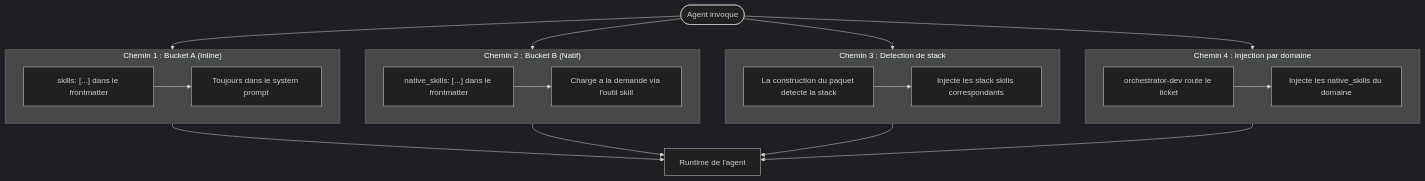
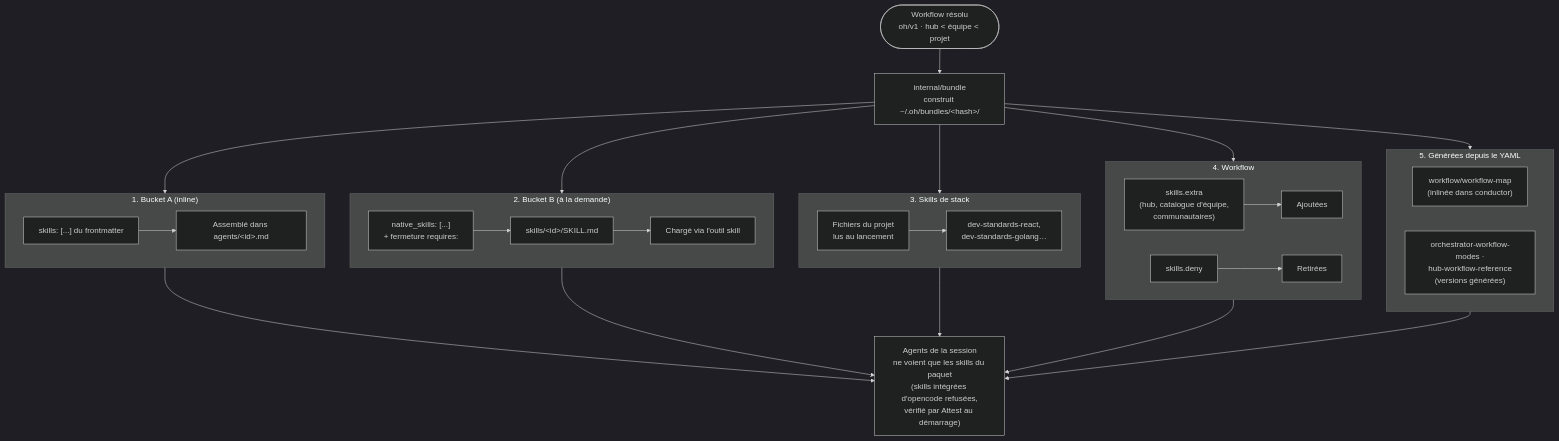
The diagram in docs/architecture/skills.fr.md (datichb/openhub), drawn with Mermaid (dark theme) before and after one commit. The commit also changed other lines of this file and 11 other files, not shown here.

Commit message:
docs(architecture): vue d'ensemble v5 (workflow → paquet → serveur de groupe → session, démon, proxy, passerelles, monde fermé, ADR 038–048), agents (20, conductor), skills (livraison par le paquet, inventaire refait), délégation, wiki vivant, todo ; lien de langue en ligne 1 (v5 finalisation, DOC2)

````diff
--- a/docs/architecture/skills.fr.md
+++ b/docs/architecture/skills.fr.md
@@ -12,22 +71,29 @@
 ```mermaid
 flowchart TD
-    START(["Agent invoque"]) --> P1 & P2 & P3 & P4
+    WF(["Workflow résolu<br/>oh/v1 · hub &lt; équipe &lt; projet"]) --> BUILD["internal/bundle<br/>construit ~/.oh/bundles/&lt;hash&gt;/"]
 
-    subgraph P1 ["Chemin 1 : Bucket A (Inline)"]
-        A1["skills: [...] dans le frontmatter"] --> A2["Toujours dans le system prompt"]
+    subgraph P1 ["1. Bucket A (inline)"]
+        A1["skills: [...] du frontmatter"] --> A2["Assemblé dans agents/&lt;id&gt;.md"]
     end
 
-    subgraph P2 ["Chemin 2 : Bucket B (Natif)"]
-        B1["native_skills: [...] dans le frontmatter"] --> B2["Charge a la demande via l'outil skill"]
+    subgraph P2 ["2. Bucket B (à la demande)"]
+        B1["native_skills: [...]<br/>+ fermeture requires:"] --> B2["skills/&lt;id&gt;/SKILL.md"] --> B3["Chargé via l'outil skill"]
     end
 
-    subgraph P3 ["Chemin 3 : Detection de stack"]
-        C1["La construction du paquet detecte la stack"] --> C2["Injecte les stack skills correspondants"]
+    subgraph P3 ["3. Skills de stack"]
+        C1["Fichiers du projet<br/>lus au lancement"] --> C2["dev-standards-react,<br/>dev-standards-golang…"]
     end
 
-    subgraph P4 ["Chemin 4 : Injection par domaine"]
-        D1["orchestrator-dev route le ticket"] --> D2["Injecte les native_skills du domaine"]
+    subgraph P4 ["4. Workflow"]
+        D1["skills.extra<br/>(hub, catalogue d'équipe,<br/>communautaires)"] --> D3["Ajoutées"]
+        D2["skills.deny"] --> D4["Retirées"]
     end
 
-    P1 & P2 & P3 & P4 --> AGENT["Runtime de l'agent"]
+    subgraph P5 ["5. Générées depuis le YAML"]
+        E1["workflow/workflow-map<br/>(inlinée dans conductor)"]
+        E2["orchestrator-workflow-modes ·<br/>hub-workflow-reference<br/>(versions générées)"]
+    end
+
+    BUILD --> P1 & P2 & P3 & P4 & P5
+    P1 & P2 & P3 & P4 & P5 --> AGENT["Agents de la session<br/>ne voient que les skills du paquet<br/>(skills intégrées d'opencode refusées,<br/>vérifié par Attest au démarrage)"]
 ```
````
